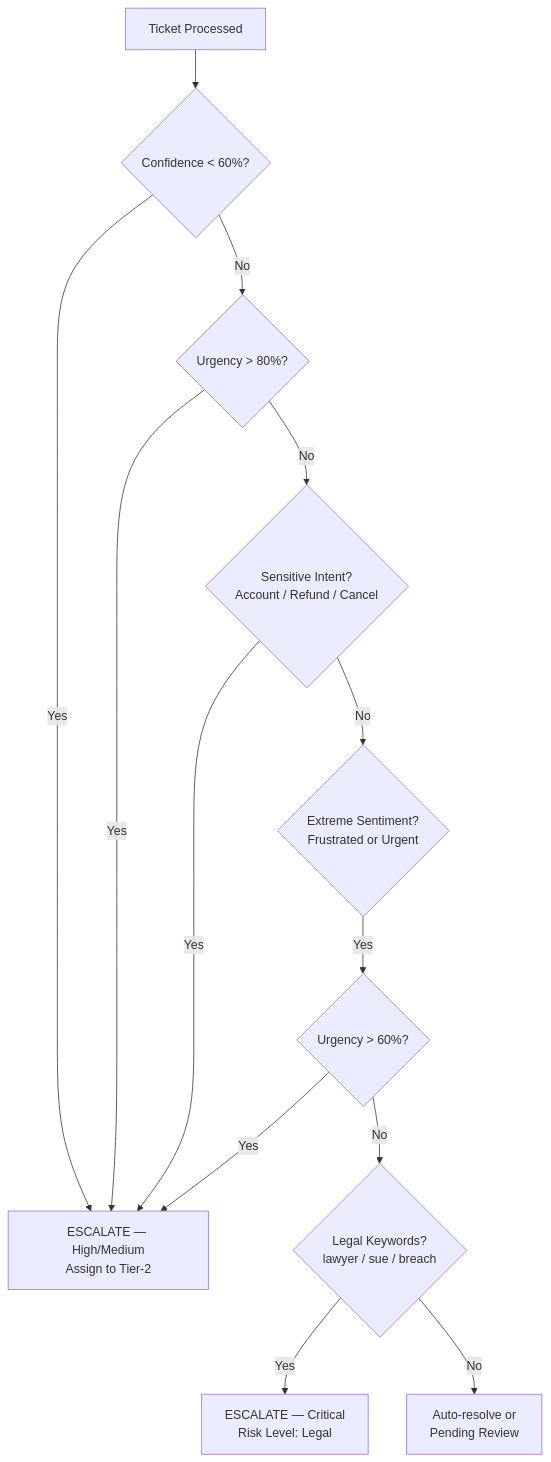
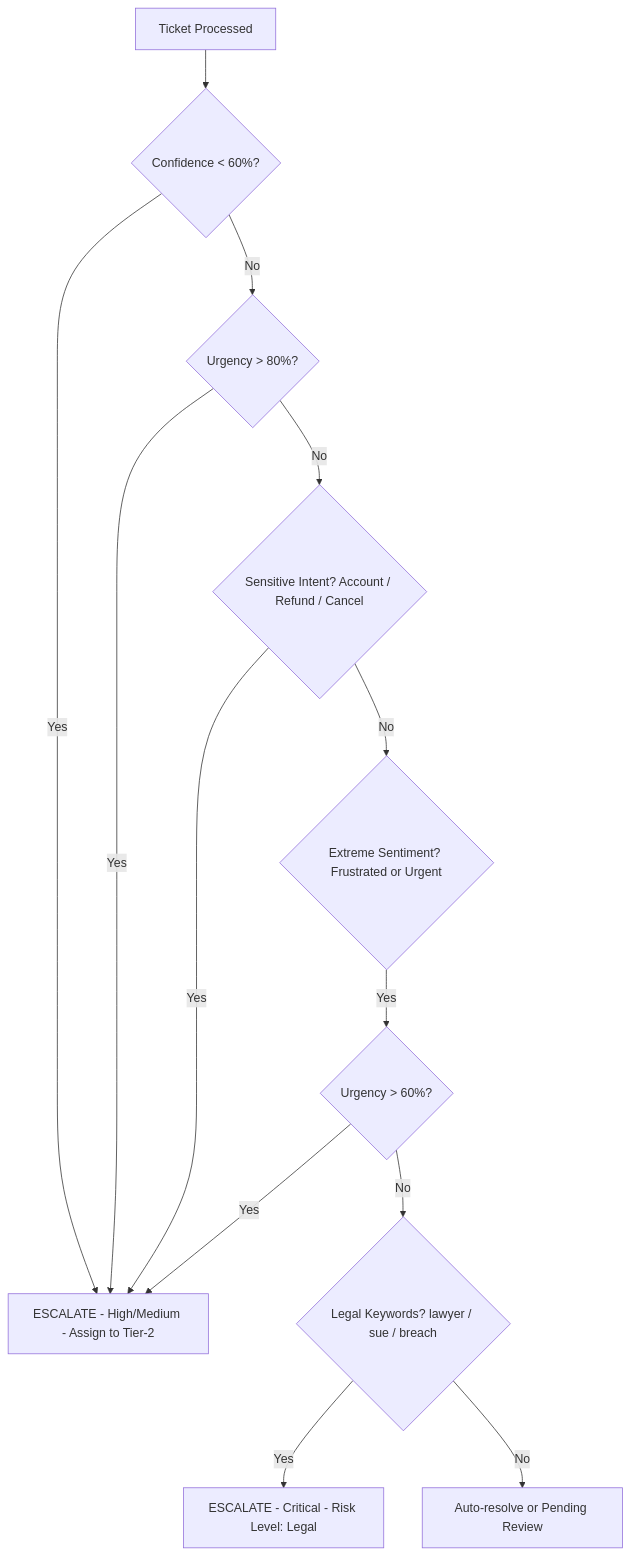
The fourth of 5 diagrams in README.md (Algo-Vision404/pro_3), drawn with Mermaid before and after one commit. The commit also changed other lines of this file and 2 other files, not shown here.

````diff
--- a/README.md
+++ b/README.md
@@ -100,16 +100,16 @@
 ```mermaid
 flowchart TD
-    START[Ticket Processed] --> R1{Confidence < 60%?}
+    START[Ticket Processed] --> R1{"Confidence < 60%?"}
     R1 -- Yes --> ESC
-    R1 -- No --> R2{Urgency > 80%?}
+    R1 -- No --> R2{"Urgency > 80%?"}
     R2 -- Yes --> ESC
-    R2 -- No --> R3{Sensitive Intent?<br/>Account / Refund / Cancel}
+    R2 -- No --> R3{"Sensitive Intent? Account / Refund / Cancel"}
     R3 -- Yes --> ESC
-    R3 -- No --> R4{Extreme Sentiment?<br/>Frustrated or Urgent}
-    R4 -- Yes --> R4B{Urgency > 60%?}
+    R3 -- No --> R4{"Extreme Sentiment? Frustrated or Urgent"}
+    R4 -- Yes --> R4B{"Urgency > 60%?"}
     R4B -- Yes --> ESC
-    R4B -- No --> R5{Legal Keywords?<br/>lawyer / sue / breach}
-    R5 -- Yes --> ESC_CRITICAL[ESCALATE — Critical<br/>Risk Level: Legal]
-    R5 -- No --> RESOLVE[Auto-resolve or<br/>Pending Review]
-    ESC[ESCALATE — High/Medium<br/>Assign to Tier-2]
+    R4B -- No --> R5{"Legal Keywords? lawyer / sue / breach"}
+    R5 -- Yes --> ESC_CRITICAL["ESCALATE - Critical - Risk Level: Legal"]
+    R5 -- No --> RESOLVE["Auto-resolve or Pending Review"]
+    ESC["ESCALATE - High/Medium - Assign to Tier-2"]
 ```
````
